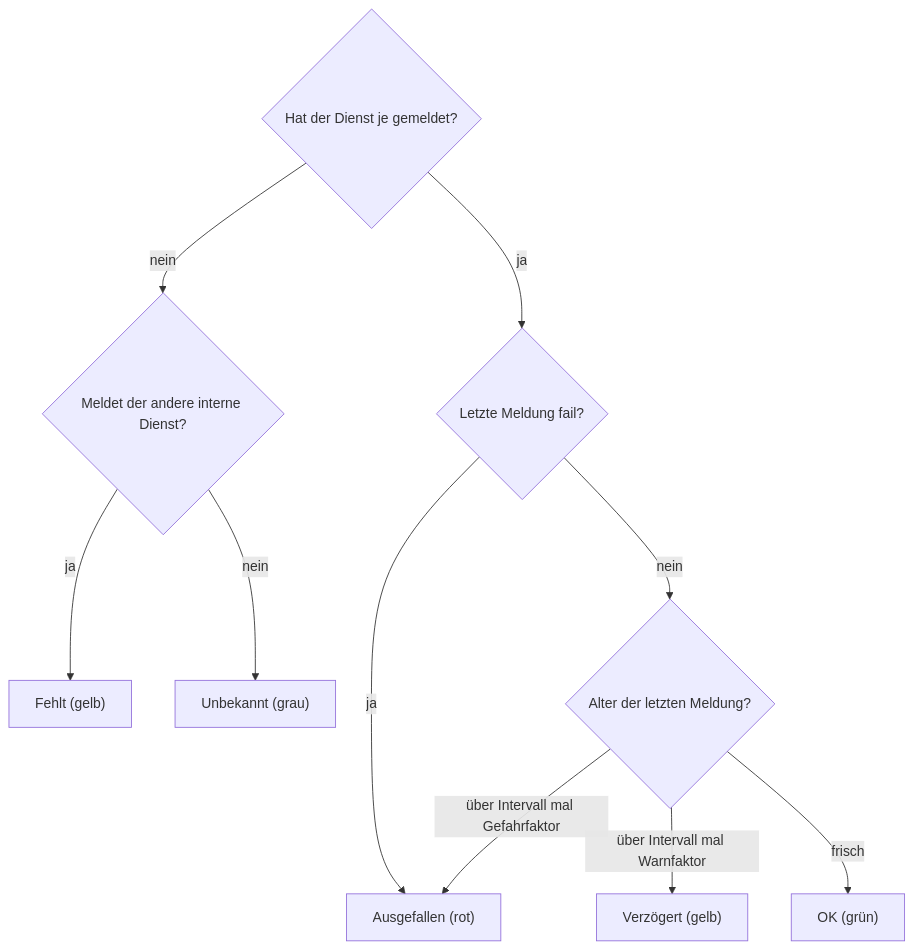
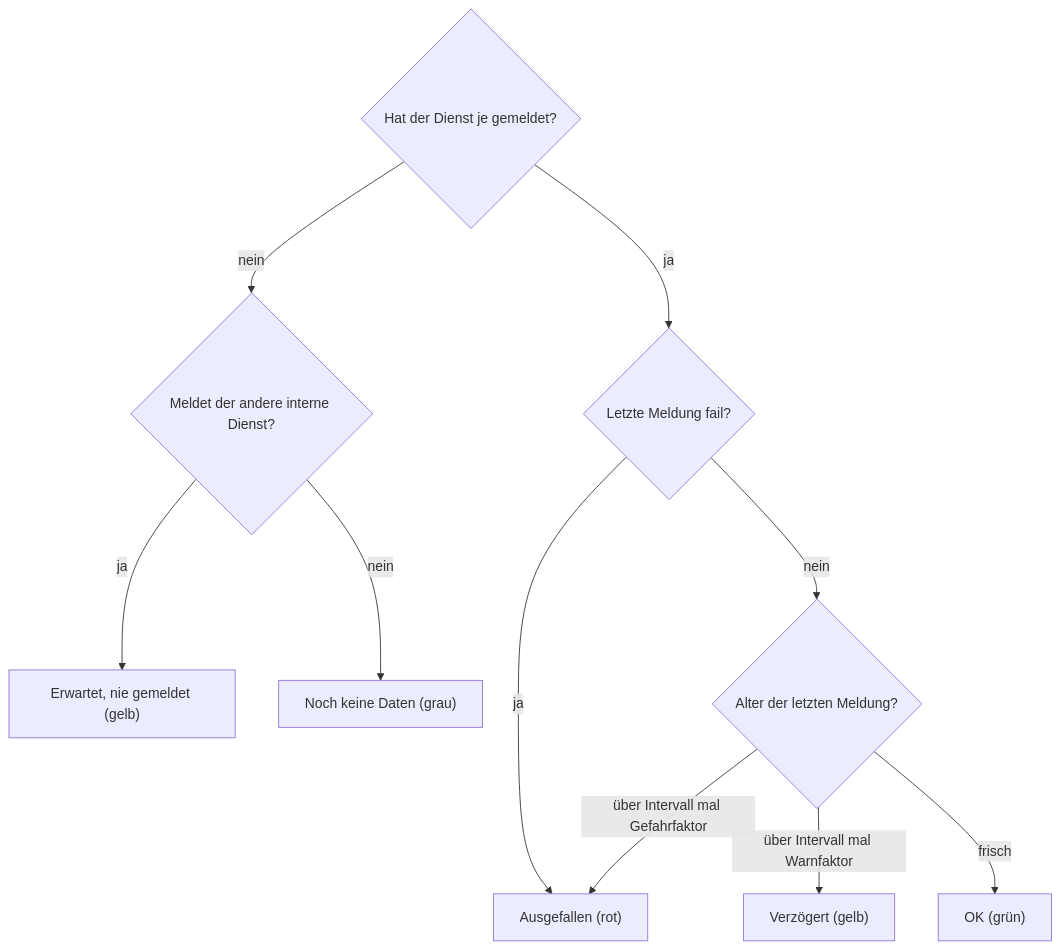
The seventh of 8 diagrams in docs/operations/system-status-checks.md (Samy94M/VirtuSphere-v2-WebApp), drawn with Mermaid before and after one commit. The commit also changed other lines of this file and 39 other files, not shown here.

````diff
--- a/docs/operations/system-status-checks.md
+++ b/docs/operations/system-status-checks.md
@@ -190,12 +192,12 @@
 ```mermaid
 flowchart TD
   A{"Hat der Dienst je gemeldet?"} -->|nein| A1{"Meldet der andere interne Dienst?"}
-  A1 -->|ja| MI["Fehlt (gelb)"]
-  A1 -->|nein| UK["Unbekannt (grau)"]
+  A1 -->|ja| MI["Erwartet, nie gemeldet (gelb)"]
+  A1 -->|nein| UK["Noch keine Daten (grau)"]
   A -->|ja| B{"Letzte Meldung fail?"}
   B -->|ja| RD["Ausgefallen (rot)"]
   B -->|nein| C{"Alter der letzten Meldung?"}
   C -->|über Intervall mal Gefahrfaktor| RD
   C -->|über Intervall mal Warnfaktor| YL["Verzögert (gelb)"]
   C -->|frisch| GR["OK (grün)"]
 ```
````
